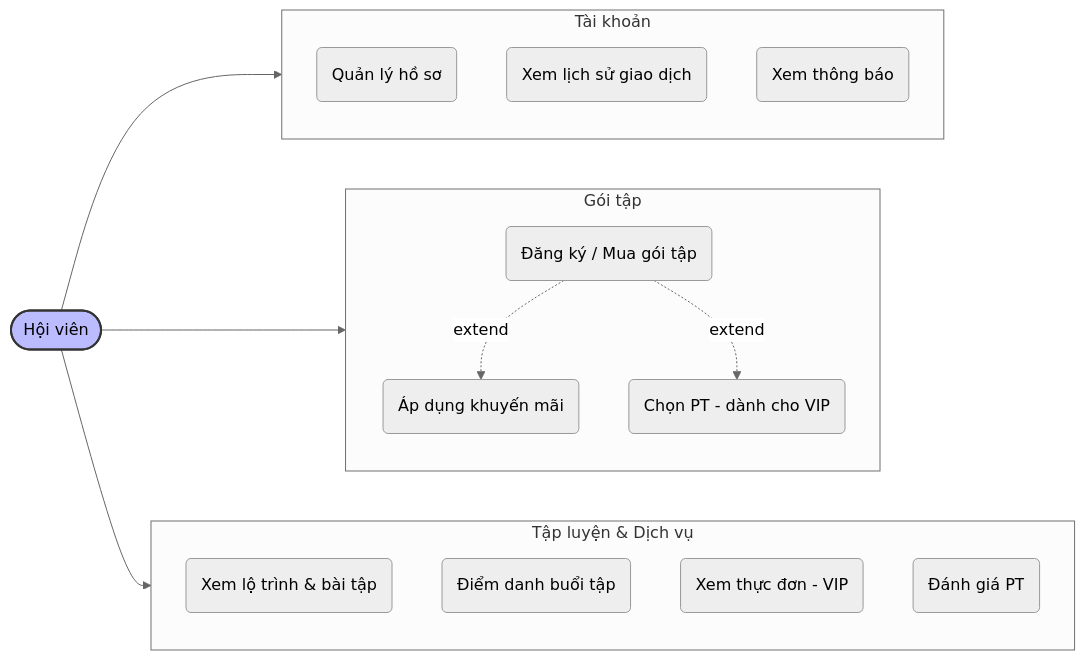
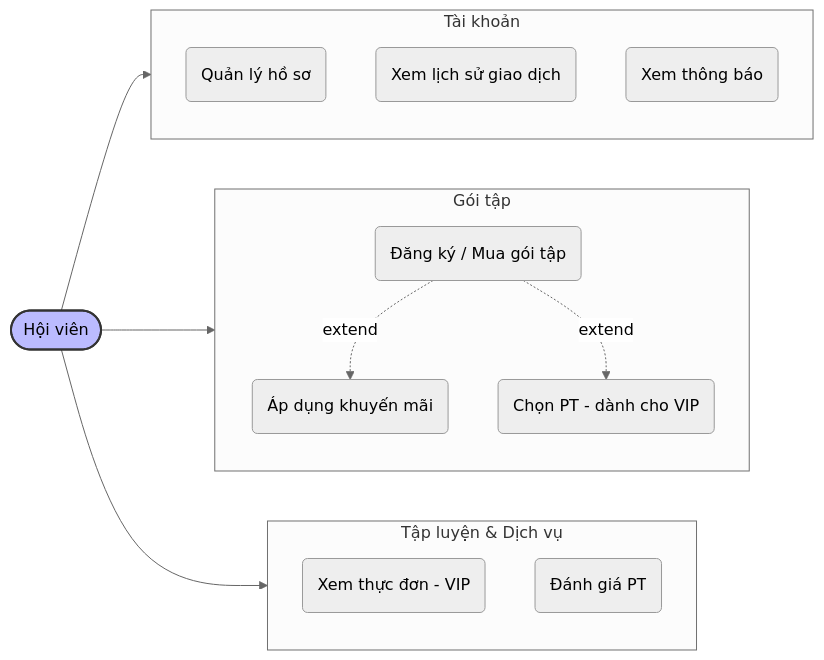
The third of 5 diagrams in use_case_diagrams.md (hungddv1007/DATN), drawn with Mermaid (neutral theme) before and after one commit. The commit also changed other lines of this file and 109 other files, not shown here.

````diff
--- a/use_case_diagrams.md
+++ b/use_case_diagrams.md
@@ -79,31 +79,29 @@
 ```mermaid
 flowchart LR
     Actor([Hội viên])
 
     subgraph TaiKhoan [Tài khoản]
         Qlinfo(Quản lý hồ sơ)
         GiaoDich(Xem lịch sử giao dịch)
         ThongBao(Xem thông báo)
     end
 
     subgraph GoiTap [Gói tập]
         MuaGoi(Đăng ký / Mua gói tập)
         ApMa(Áp dụng khuyến mãi)
         ChonPT(Chọn PT - dành cho VIP)
         MuaGoi -. extend .-> ApMa
         MuaGoi -. extend .-> ChonPT
     end
     
     subgraph TapLuyen [Tập luyện & Dịch vụ]
-        XemLoTrinh(Xem lộ trình & bài tập)
-        DiemDanh(Điểm danh buổi tập)
         XemCheDoAn(Xem thực đơn - VIP)
         DanhGiaPT(Đánh giá PT)
     end
 
     Actor --> TaiKhoan
     Actor --> GoiTap
     Actor --> TapLuyen
 
     style Actor fill:#bbf,stroke:#333,stroke-width:2px
 ```
````
